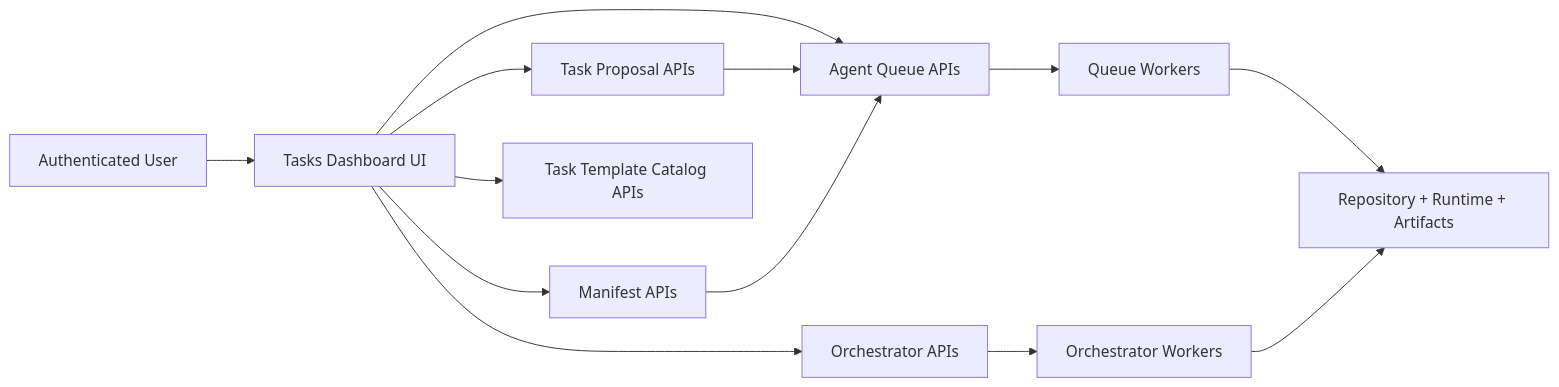
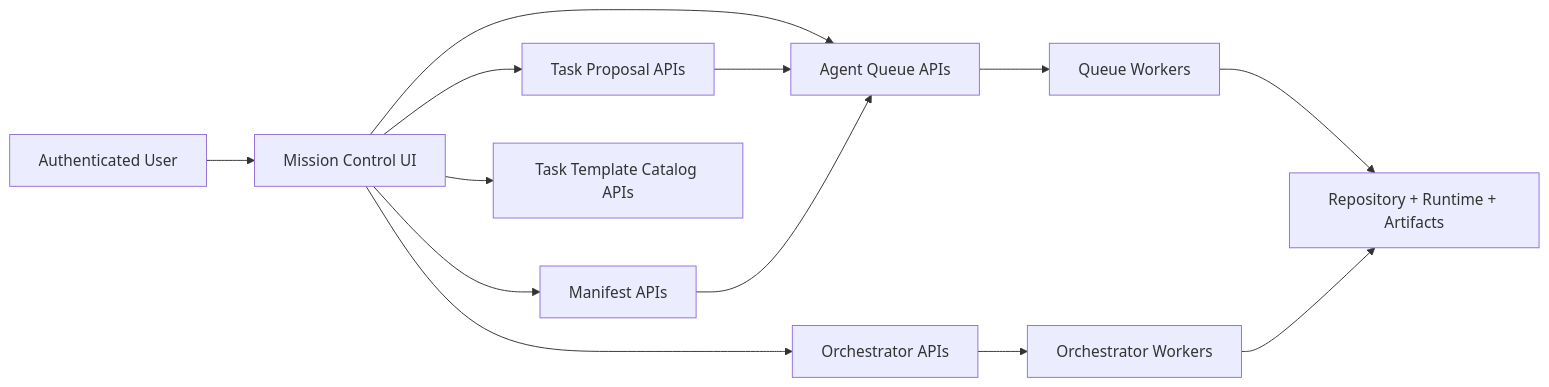
The diagram in docs/TaskArchitecture.md (MoonLadderStudios/MoonMind), drawn with Mermaid before and after one commit. The commit also changed other lines of this file and 34 other files, not shown here.

Commit message:
Rename dashboard docs to Mission Control

````diff
--- a/docs/TaskArchitecture.md
+++ b/docs/TaskArchitecture.md
@@ -34,17 +34,17 @@
 ```mermaid
 flowchart LR
-  U[Authenticated User] --> D[Tasks Dashboard UI]
+  U[Authenticated User] --> D[Mission Control UI]
   D --> Q[Agent Queue APIs]
   D --> O[Orchestrator APIs]
   D --> P[Task Proposal APIs]
   D --> M[Manifest APIs]
   D --> T[Task Template Catalog APIs]
 
   Q --> W[Queue Workers]
   O --> OW[Orchestrator Workers]
   P --> Q
   M --> Q
 
   W --> R[Repository + Runtime + Artifacts]
   OW --> R
 ```
````
